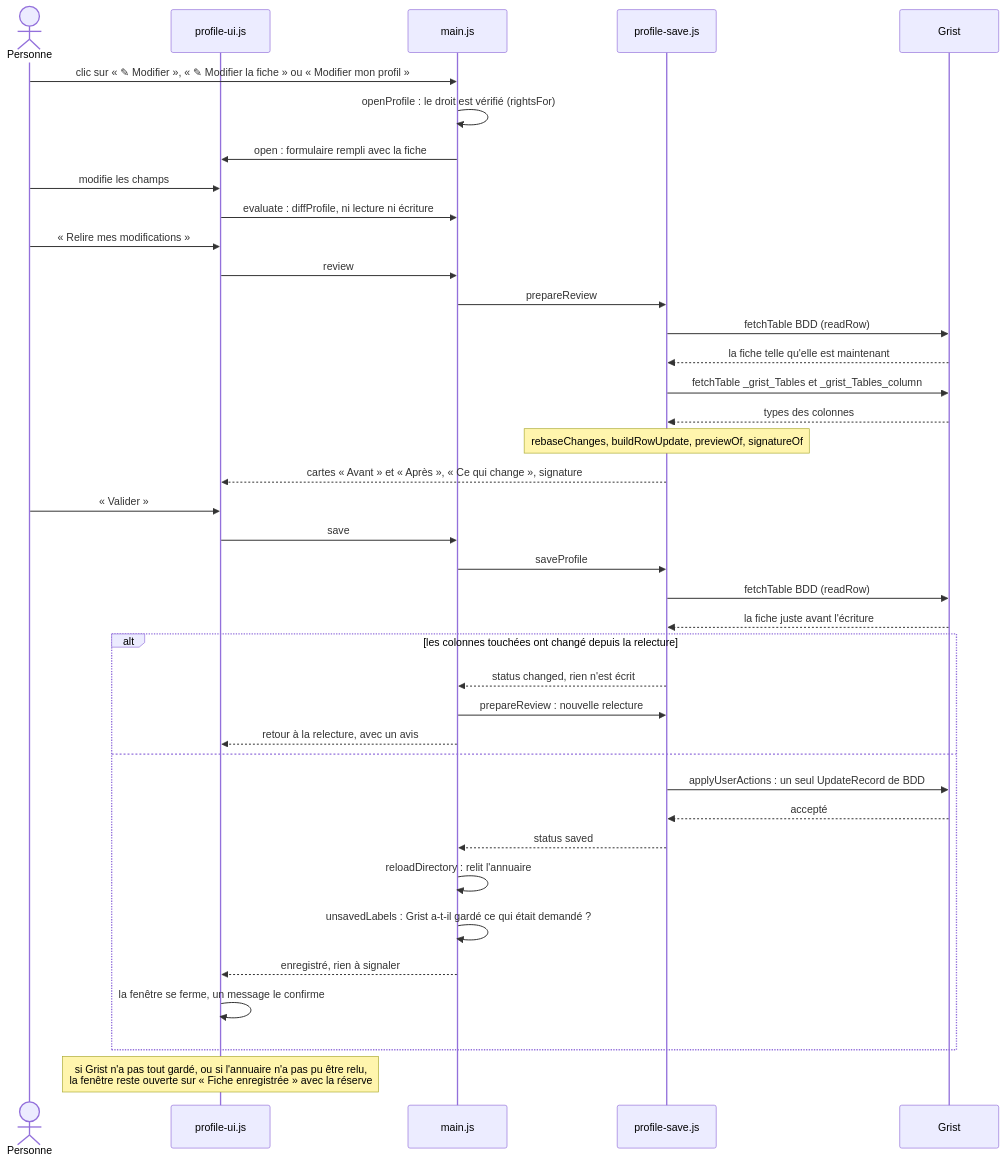
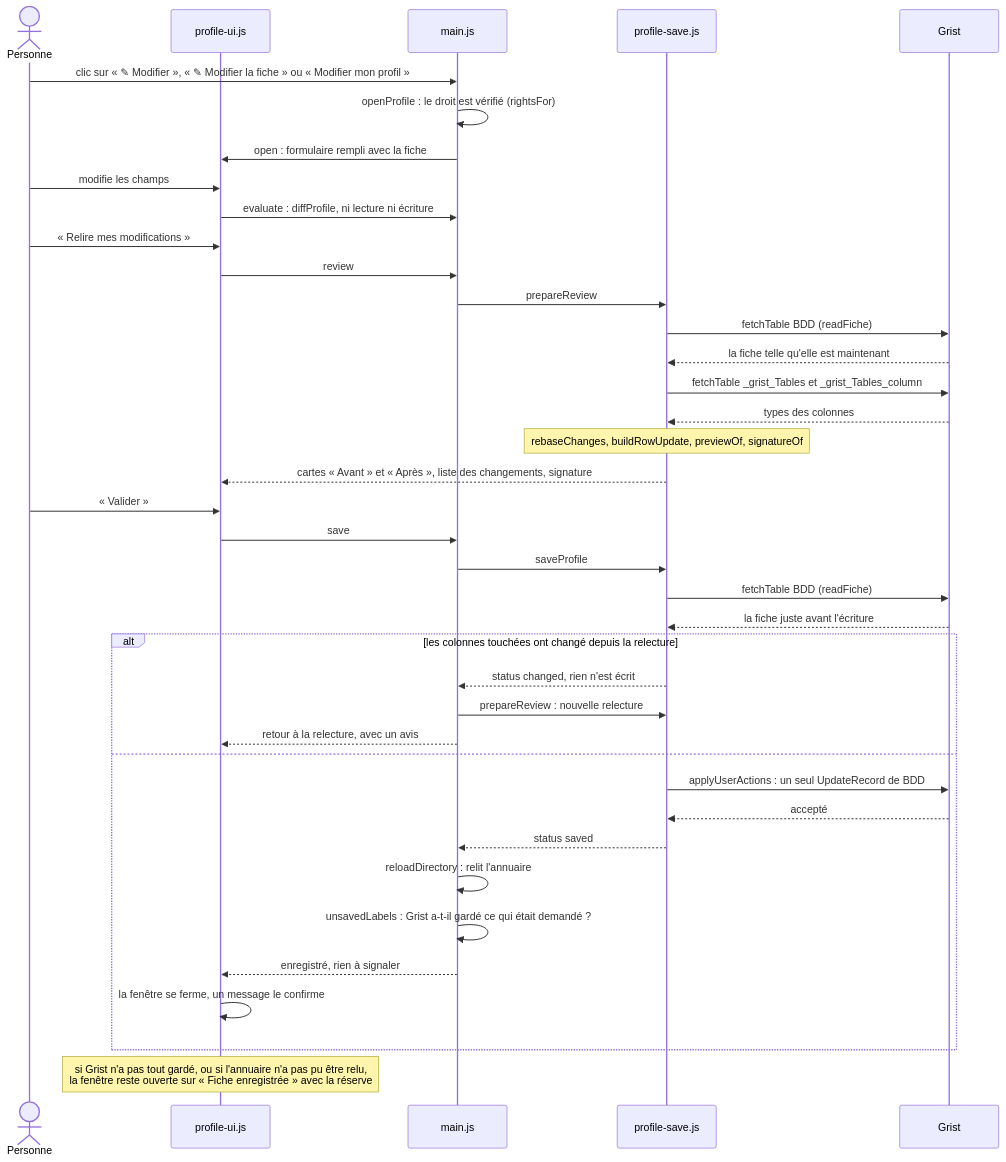
Before and after one commit to lombre33/Annuaire_PUI_Bordeaux: the sixth of 6 diagrams in docs/developpeurs.md, drawn with Mermaid. The commit also changed other lines of this file and 2 other files, not shown here.

First line of the commit message:
Guide développeur : relecture de la 1.15.0 (bandeau sans fiche, console, tests, démonstration)

````diff
--- a/docs/developpeurs.md
+++ b/docs/developpeurs.md
@@ -395,41 +395,41 @@
 ```mermaid
 sequenceDiagram
     actor P as Personne
     participant U as profile-ui.js
     participant M as main.js
     participant S as profile-save.js
     participant G as Grist
     P->>M: clic sur « ✎ Modifier », « ✎ Modifier la fiche » ou « Modifier mon profil »
     M->>M: openProfile : le droit est vérifié (rightsFor)
     M->>U: open : formulaire rempli avec la fiche
     P->>U: modifie les champs
     U->>M: evaluate : diffProfile, ni lecture ni écriture
     P->>U: « Relire mes modifications »
     U->>M: review
     M->>S: prepareReview
-    S->>G: fetchTable BDD (readRow)
+    S->>G: fetchTable BDD (readFiche)
     G-->>S: la fiche telle qu'elle est maintenant
     S->>G: fetchTable _grist_Tables et _grist_Tables_column
     G-->>S: types des colonnes
     Note over S: rebaseChanges, buildRowUpdate, previewOf, signatureOf
-    S-->>U: cartes « Avant » et « Après », « Ce qui change », signature
+    S-->>U: cartes « Avant » et « Après », liste des changements, signature
     P->>U: « Valider »
     U->>M: save
     M->>S: saveProfile
-    S->>G: fetchTable BDD (readRow)
+    S->>G: fetchTable BDD (readFiche)
     G-->>S: la fiche juste avant l'écriture
     alt les colonnes touchées ont changé depuis la relecture
         S-->>M: status changed, rien n'est écrit
         M->>S: prepareReview : nouvelle relecture
         M-->>U: retour à la relecture, avec un avis
     else
         S->>G: applyUserActions : un seul UpdateRecord de BDD
         G-->>S: accepté
         S-->>M: status saved
         M->>M: reloadDirectory : relit l'annuaire
         M->>M: unsavedLabels : Grist a-t-il gardé ce qui était demandé ?
         M-->>U: enregistré, rien à signaler
         U->>U: la fenêtre se ferme, un message le confirme
     end
     Note over U: si Grist n'a pas tout gardé, ou si l'annuaire n'a pas pu être relu,<br/>la fenêtre reste ouverte sur « Fiche enregistrée » avec la réserve
 ```
````
